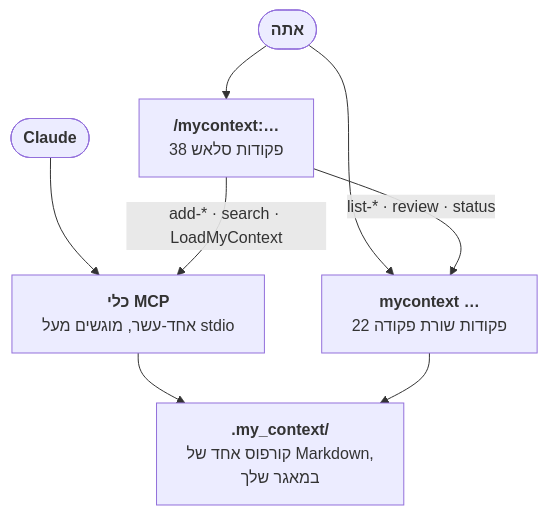
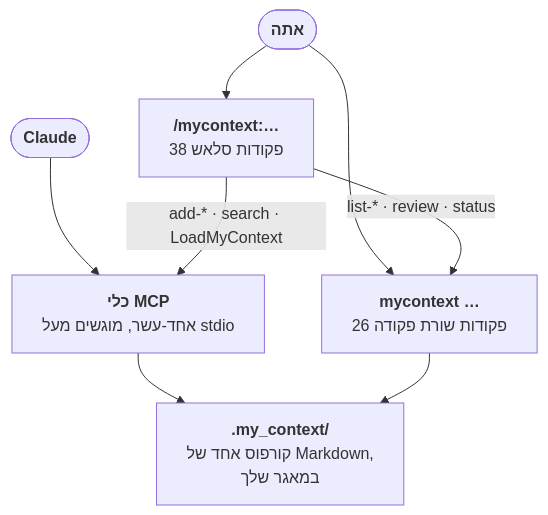
The fourth of 5 diagrams in docs/README.he.md (Dudi-Bar-On/my-context), drawn with Mermaid before and after one commit. The commit also changed other lines of this file and 7 other files, not shown here.

````diff
--- a/docs/README.he.md
+++ b/docs/README.he.md
@@ -639,10 +639,10 @@
 ```mermaid
 flowchart TB
   U(["<b>אתה</b>"]) --> SL["<b>/mycontext:…</b><br/>38 פקודות סלאש"]
-  U --> CL["<b>mycontext …</b><br/>22 פקודות שורת פקודה"]
+  U --> CL["<b>mycontext …</b><br/>26 פקודות שורת פקודה"]
   A(["<b>Claude</b>"]) --> TL["<b>כלי MCP</b><br/>אחד-עשר, מוגשים מעל stdio"]
   SL -->|"add-* · search · LoadMyContext"| TL
   SL -->|"list-* · review · status"| CL
   TL --> CO["<b>.my_context/</b><br/>קורפוס אחד של Markdown,<br/>במאגר שלך"]
   CL --> CO
 ```
````
